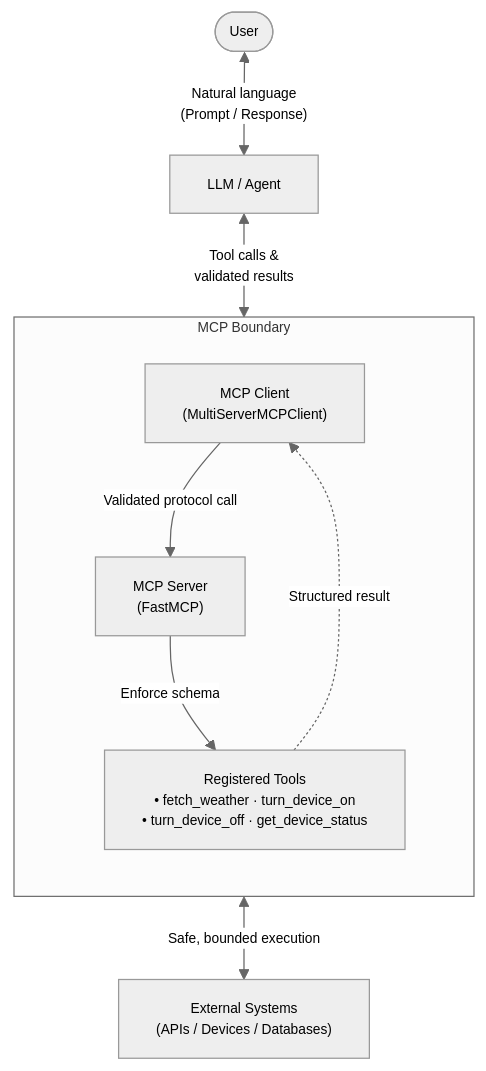
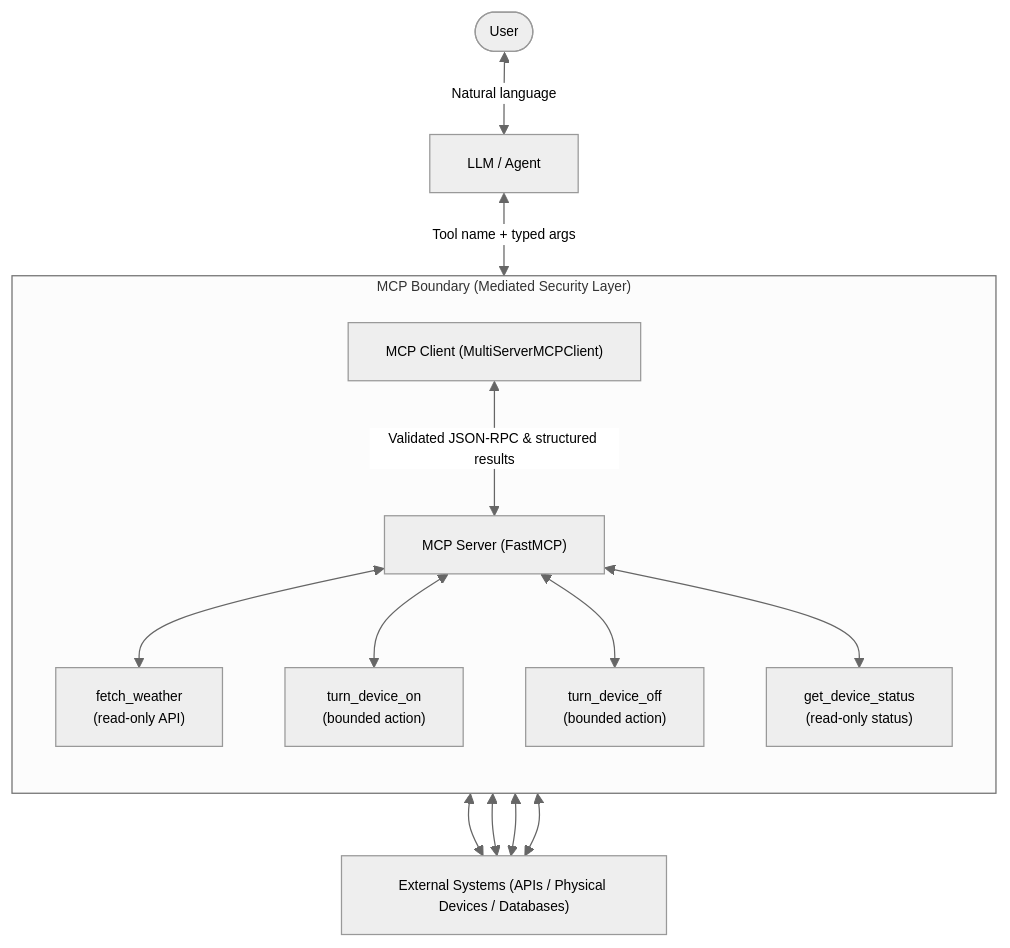
One commit to the-write-path-code/ch08-model-context-protocol changed the second of 8 diagrams in workflow/workflow.md. Above: the diagram before and after it, drawn with Mermaid. The commit also changed other lines of this file, not shown here.

Commit message:
Update Diagram 8.1a and 8.1b to polished production layouts

````diff
--- a/workflow/workflow.md
+++ b/workflow/workflow.md
@@ -43,21 +34,24 @@
 ```mermaid
 %%{init: {"theme": "neutral", "themeVariables": {"fontFamily": "Arial, Helvetica, sans-serif", "fontSize": "11px", "actorFontSize": "11px", "noteFontSize": "10px", "messageFontSize": "10px"}}}%%
 flowchart TD
-    U(["User"]) <-->|"Natural language\n(Prompt / Response)"| LLM["LLM / Agent"]
-    LLM <-->|"Tool calls &\nvalidated results"| MCPClient
+    U(["User"]) <-->|"Natural language"| LLM["LLM / Agent"]
+    LLM <-->|"Tool name + typed args"| MCPClient
 
-    subgraph MCP_BOUNDARY ["MCP Boundary"]
+    subgraph MCP_BOUNDARY ["MCP Boundary (Mediated Security Layer)"]
         direction TB
-        MCPClient["MCP Client\n(MultiServerMCPClient)"]
-        MCPServer["MCP Server\n(FastMCP)"]
-        Tools["Registered Tools\n• fetch_weather · turn_device_on\n• turn_device_off · get_device_status"]
-        
-        MCPClient -->|"Validated protocol call"| MCPServer
-        MCPServer -->|"Enforce schema"| Tools
-        Tools -.->|"Structured result"| MCPClient
+        MCPClient["MCP Client (MultiServerMCPClient)"]
+        MCPServer["MCP Server (FastMCP)"]
+        MCPClient <-->|"Validated JSON-RPC & structured results"| MCPServer
+
+        T1["fetch_weather<br/>(read-only API)"]
+        T2["turn_device_on<br/>(bounded action)"]
+        T3["turn_device_off<br/>(bounded action)"]
+        T4["get_device_status<br/>(read-only status)"]
+
+        MCPServer <--> T1 & T2 & T3 & T4
     end
 
-    ExtSys["External Systems\n(APIs / Devices / Databases)"]
+    ExtSys["External Systems (APIs / Physical Devices / Databases)"]
 
-    Tools <-->|"Safe, bounded execution"| ExtSys
+    T1 & T2 & T3 & T4 <--> ExtSys
 ```
````
